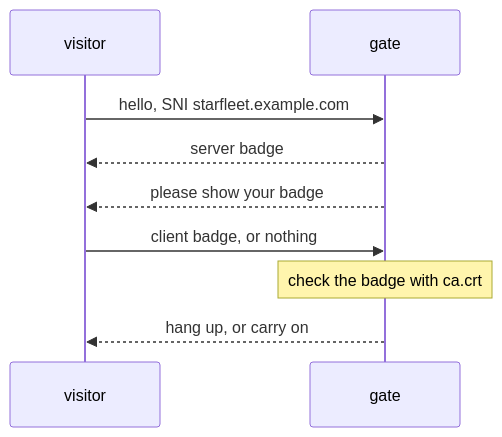
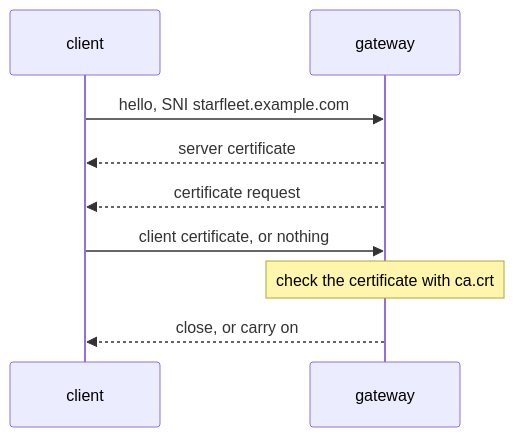
The diagram in sections/section-040/module-02/course-02-make-the-gate-ask-for-a-badge.md (astrona-io/ATS015), drawn with Mermaid before and after one commit. The commit also changed other lines of this file and 25 other files, not shown here.

````diff
--- a/sections/section-040/module-02/course-02-make-the-gate-ask-for-a-badge.md
+++ b/sections/section-040/module-02/course-02-make-the-gate-ask-for-a-badge.md
@@ -157,11 +157,11 @@
 ```mermaid
 sequenceDiagram
-    participant V as visitor
-    participant G as gate
+    participant V as client
+    participant G as gateway
     V->>G: hello, SNI starfleet.example.com
-    G-->>V: server badge
-    G-->>V: please show your badge
-    V->>G: client badge, or nothing
-    Note over G: check the badge with ca.crt
-    G-->>V: hang up, or carry on
+    G-->>V: server certificate
+    G-->>V: certificate request
+    V->>G: client certificate, or nothing
+    Note over G: check the certificate with ca.crt
+    G-->>V: close, or carry on
 ```
````
